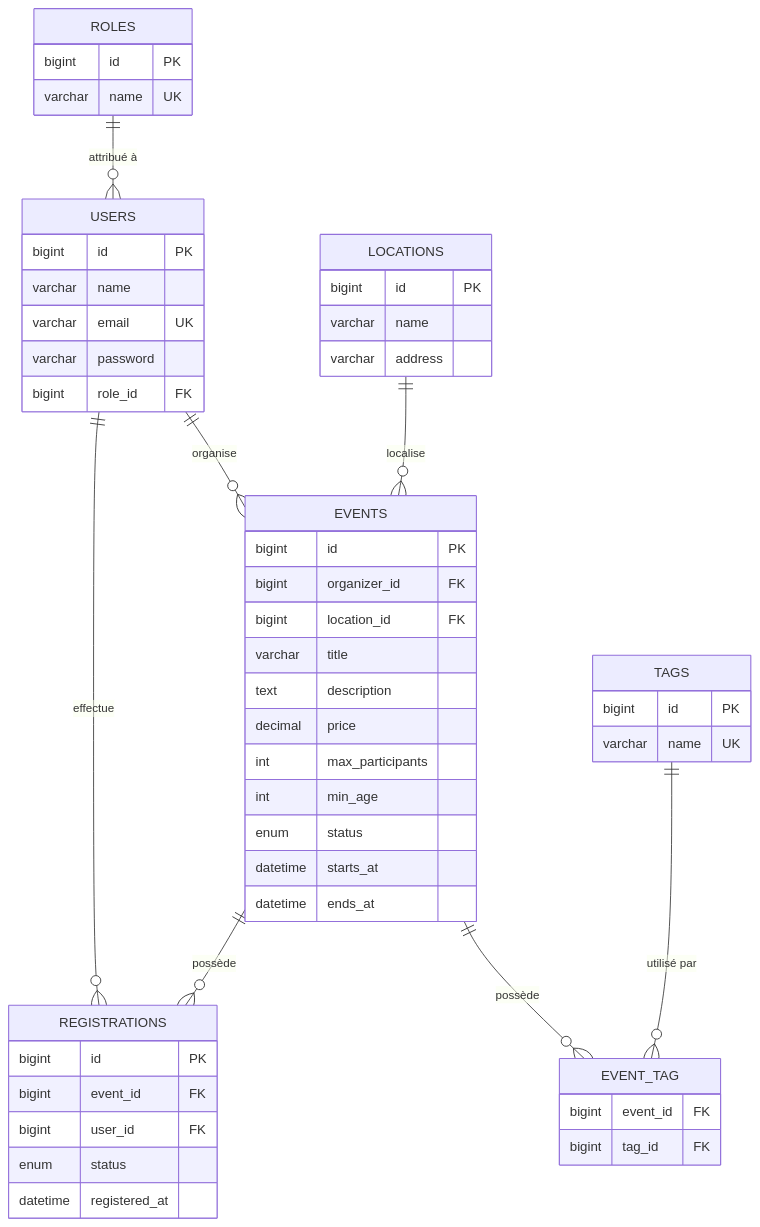
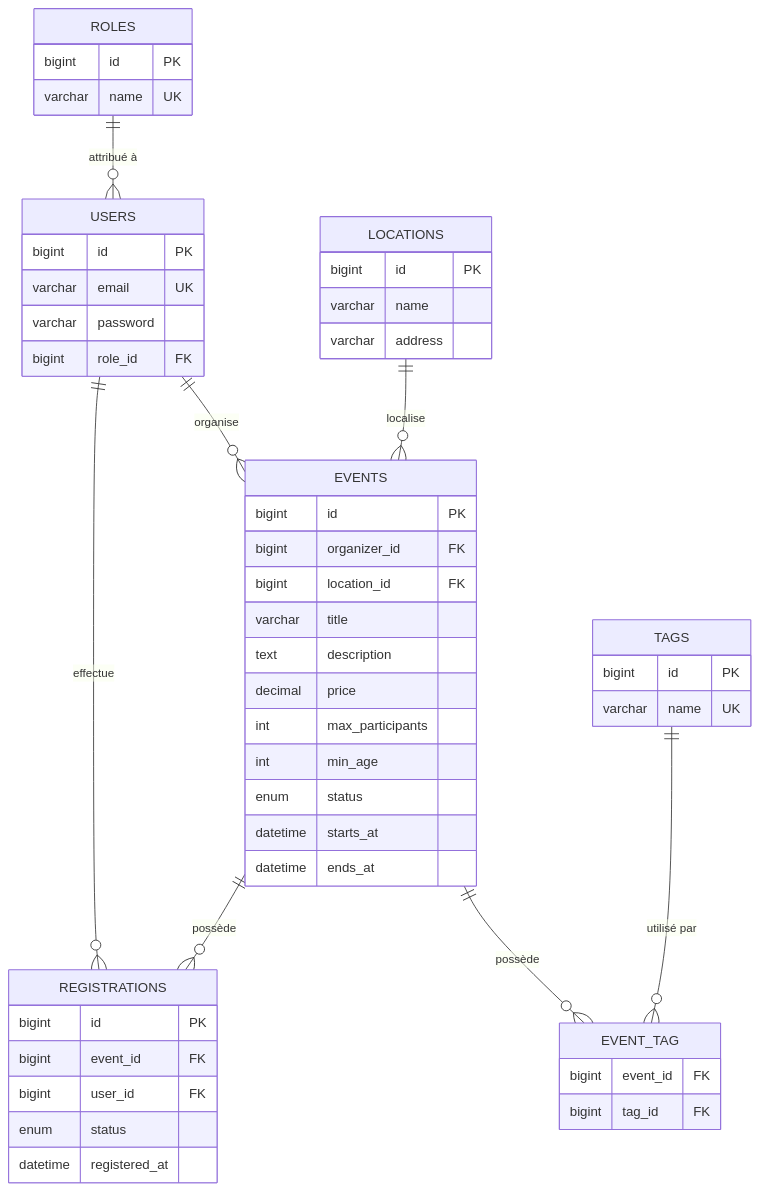
Before and after one commit to HE-Arc/Planora: the diagram in dataBase.md, drawn with Mermaid. The commit also changed 1 other file, not shown here.

Commit message:
Remove user from class

````diff
--- a/dataBase.md
+++ b/dataBase.md
@@ -3,66 +3,65 @@
 ```mermaid
 erDiagram
 
     USERS {
         bigint id PK
-        varchar name
         varchar email UK
         varchar password
         bigint role_id FK
     }
 
     ROLES {
         bigint id PK
         varchar name UK
     }
 
     EVENTS {
         bigint id PK
         bigint organizer_id FK
         bigint location_id FK
         varchar title
         text description
         decimal price
         int max_participants
         int min_age
         enum status
         datetime starts_at
         datetime ends_at
     }
 
     REGISTRATIONS {
         bigint id PK
         bigint event_id FK
         bigint user_id FK
         enum status
         datetime registered_at
     }
 
     TAGS {
         bigint id PK
         varchar name UK
     }
 
     EVENT_TAG {
         bigint event_id FK
         bigint tag_id FK
     }
 
     LOCATIONS {
         bigint id PK
         varchar name
         varchar address
     }
 
     ROLES ||--o{ USERS : "attribué à"
 
     USERS ||--o{ EVENTS : "organise"
     USERS ||--o{ REGISTRATIONS : "effectue"
 
     EVENTS ||--o{ REGISTRATIONS : "possède"
 
     EVENTS ||--o{ EVENT_TAG : "possède"
     TAGS ||--o{ EVENT_TAG : "utilisé par"
 
     LOCATIONS ||--o{ EVENTS : "localise"
 ```
````
